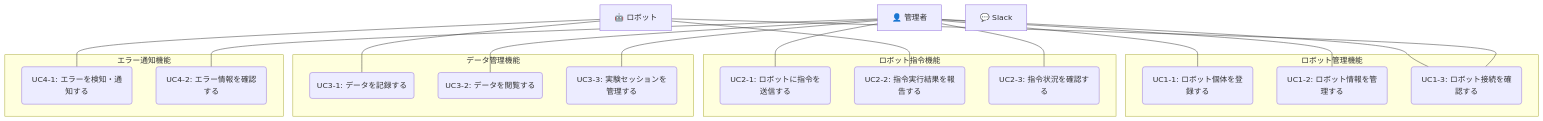
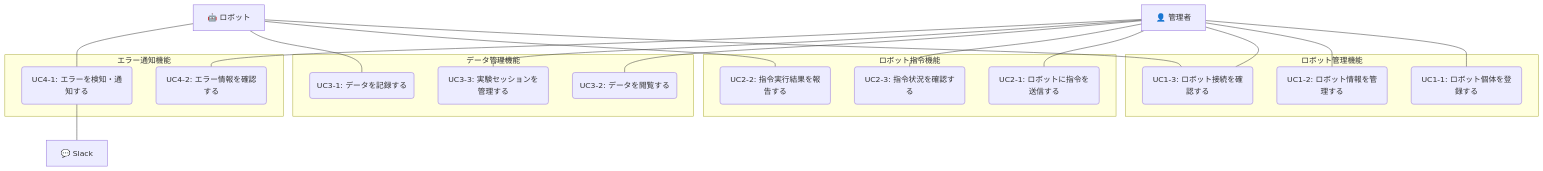
The diagram in docs/20_usecases/index.md (RikuHayakawa/robot-cloud-system-spec), drawn with Mermaid before and after one commit. The commit also changed other lines of this file and 9 other files, not shown here.

Commit message:
add: 各ユースケースに対してのシーケンス図を作成

````diff
--- a/docs/20_usecases/index.md
+++ b/docs/20_usecases/index.md
@@ -44,49 +56,50 @@
 ```mermaid
 graph TD
     Admin["👤 管理者"]
     Robot["🤖 ロボット"]
     Slack["💬 Slack"]
 
     subgraph ロボット管理機能
         UC1-1(UC1-1: ロボット個体を登録する)
         UC1-2(UC1-2: ロボット情報を管理する)
         UC1-3(UC1-3: ロボット接続を確認する)
     end
 
     subgraph ロボット指令機能
         UC2-1(UC2-1: ロボットに指令を送信する)
         UC2-2(UC2-2: 指令実行結果を報告する)
         UC2-3(UC2-3: 指令状況を確認する)
     end
 
     subgraph データ管理機能
         UC3-1(UC3-1: データを記録する)
         UC3-2(UC3-2: データを閲覧する)
         UC3-3(UC3-3: 実験セッションを管理する)
     end
 
     subgraph エラー通知機能
         UC4-1(UC4-1: エラーを検知・通知する)
         UC4-2(UC4-2: エラー情報を確認する)
     end
 
     %% ロボット管理機能の関係
     Admin --- UC1-1
     Admin --- UC1-2
     Admin --- UC1-3
     Robot --- UC1-3
 
     %% ロボット指令機能の関係
     Admin --- UC2-1
     Robot --- UC2-2
     Admin --- UC2-3
 
     %% データ管理機能の関係
     Robot --- UC3-1
     Admin --- UC3-2
     Admin --- UC3-3
 
     %% エラー通知機能の関係
     Robot --- UC4-1
     Admin --- UC4-2
+    UC4-1 --- Slack
 ```
````
